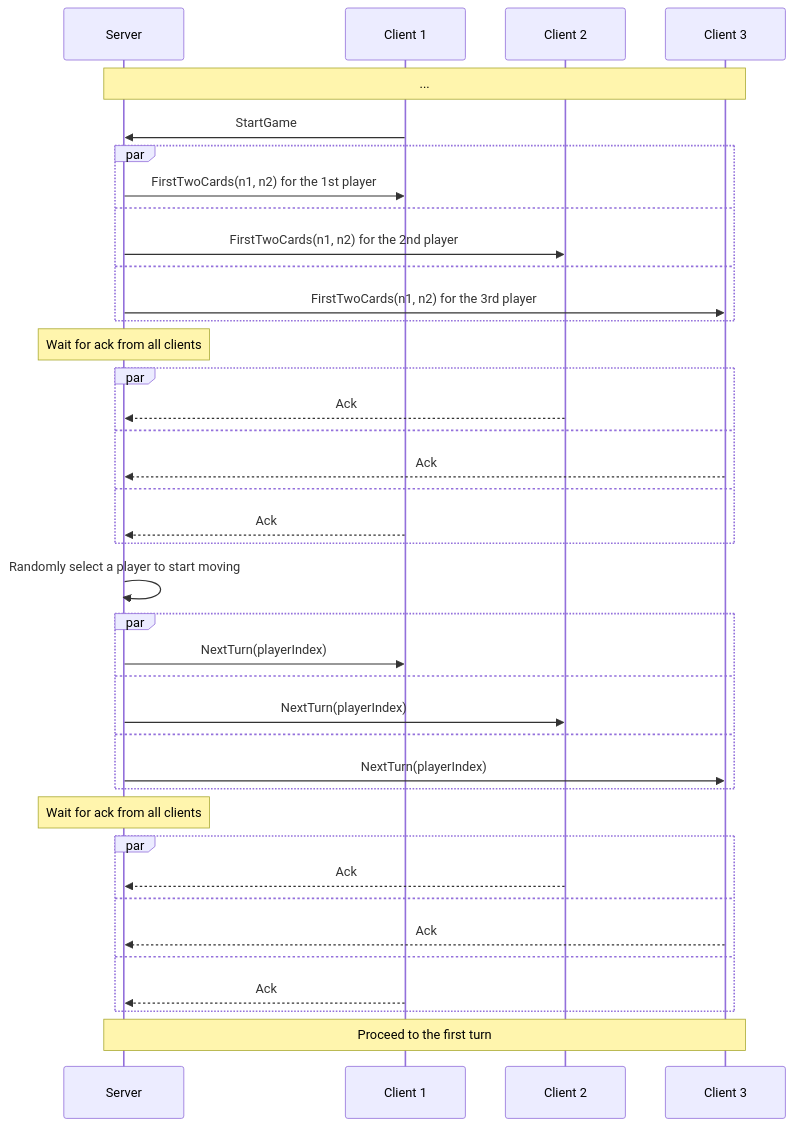
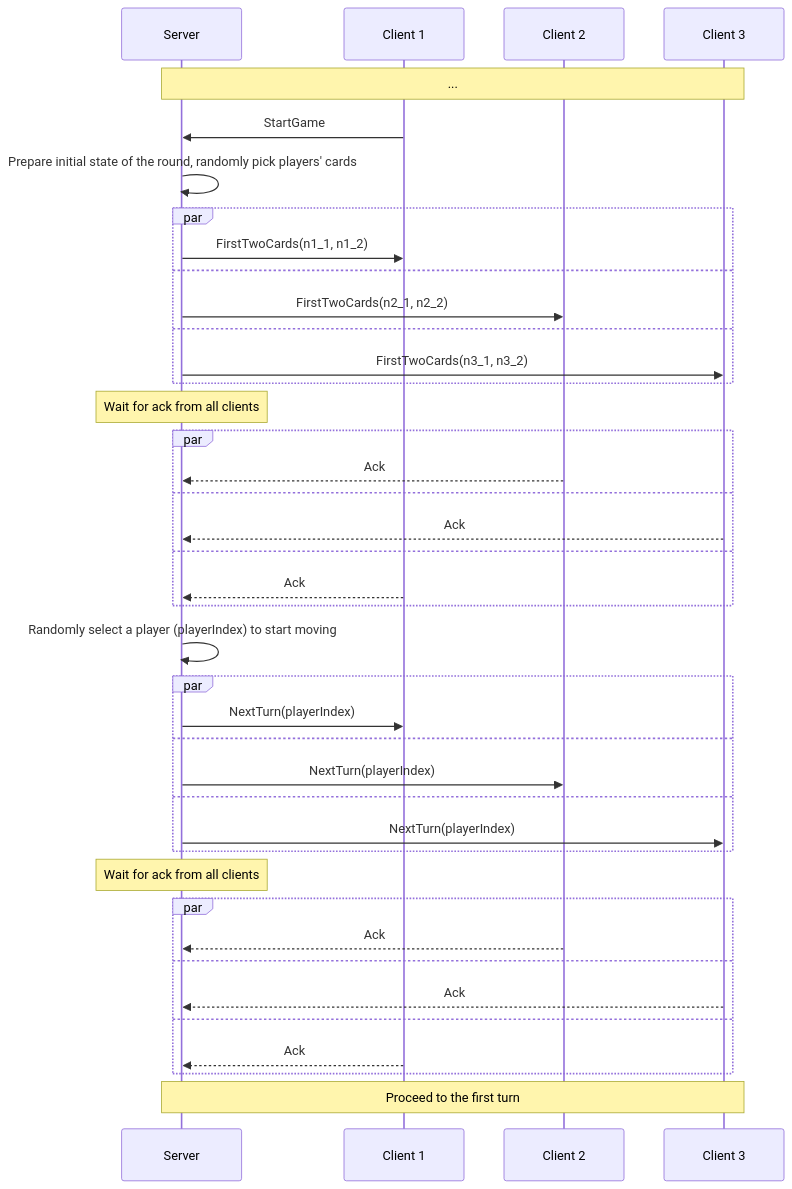
The first of 2 diagrams in README.md (roman-zubarevich/another), drawn with Mermaid before and after one commit. The commit also changed other lines of this file, not shown here.

Commit message:
adjust readme

````diff
--- a/README.md
+++ b/README.md
@@ -3,41 +3,42 @@
 ```mermaid
 sequenceDiagram
     participant S as Server
     participant C1 as Client 1
     participant C2 as Client 2
     participant C3 as Client 3
     Note over S,C3: ...
     C1->>S: StartGame
+    S->>S: Prepare initial state of the round, randomly pick players' cards
     par
-        S->>C1: FirstTwoCards(n1, n2) for the 1st player
+        S->>C1: FirstTwoCards(n1_1, n1_2)
     and
-        S->>C2: FirstTwoCards(n1, n2) for the 2nd player
+        S->>C2: FirstTwoCards(n2_1, n2_2)
     and
-        S->>C3: FirstTwoCards(n1, n2) for the 3rd player
+        S->>C3: FirstTwoCards(n3_1, n3_2)
     end
     Note over S: Wait for ack from all clients
     par
         C2-->>S: Ack
     and
         C3-->>S: Ack
     and
         C1-->>S: Ack
     end
-    S->>S: Randomly select a player to start moving
+    S->>S: Randomly select a player (playerIndex) to start moving
     par
         S->>C1: NextTurn(playerIndex)
     and
         S->>C2: NextTurn(playerIndex)
     and
         S->>C3: NextTurn(playerIndex)
     end
     Note over S: Wait for ack from all clients
     par
         C2-->>S: Ack
     and
         C3-->>S: Ack
     and
         C1-->>S: Ack
     end
     Note over S,C3: Proceed to the first turn
 ```
````
